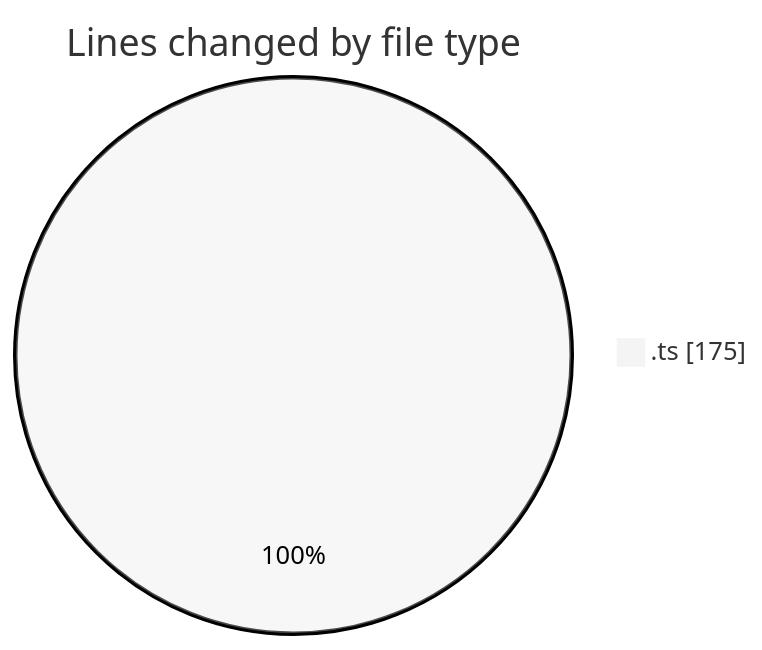
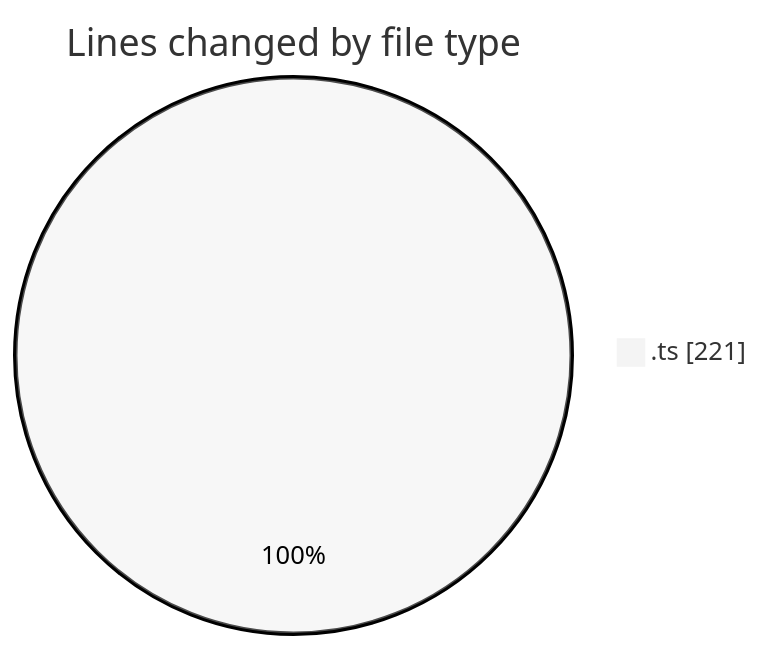
The first of 2 diagrams in 2026-03-03/typescript/README.md (igalym/code-tracking), drawn with Mermaid (neutral theme) before and after one commit. The commit also changed other lines of this file and 1 other file, not shown here.

````diff
--- a/2026-03-03/typescript/README.md
+++ b/2026-03-03/typescript/README.md
@@ -20,5 +20,5 @@
 ```mermaid
 pie showData
 title Lines changed by file type
-".ts" : 175
+".ts" : 221
 ```
````
